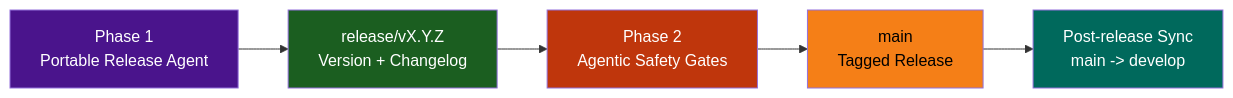
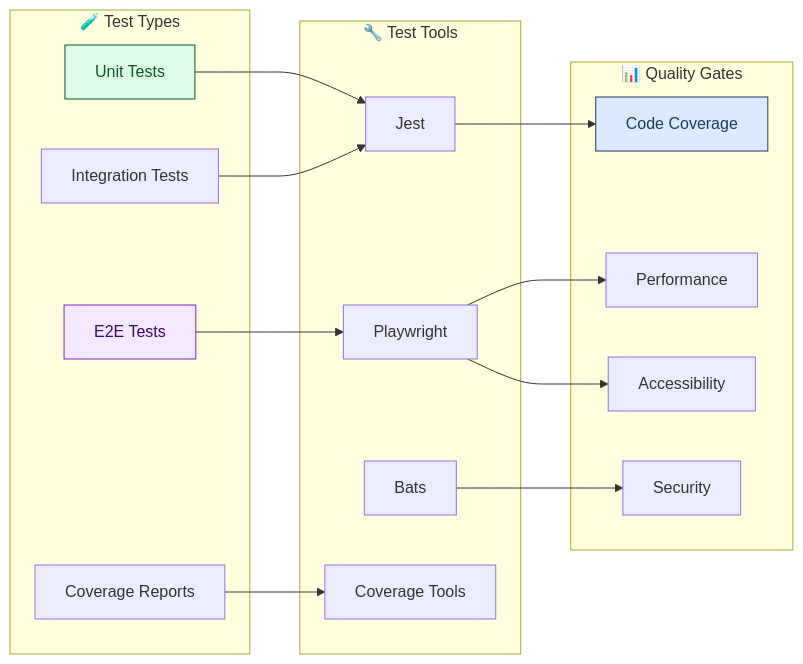
The seventh of 7 diagrams in README.md (lightspeedwp/.github), drawn with Mermaid before and after one commit. The commit also changed other lines of this file and 1240 other files, not shown here.

First line of the commit message:
feat: Project Meta Sync Agent v2 — Phase 5B Complete (Spec, Prompt, Package, Tests) (#1976)

````diff
--- a/README.md
+++ b/README.md
@@ -90,15 +467,39 @@
 ```mermaid
-graph LR
-  accTitle: graph diagram
-  accDescr: graph flowchart
-    A["Phase 1\nPortable Release Agent"] --> B["release/vX.Y.Z\nVersion + Changelog"]
-    B --> C["Phase 2\nAgentic Safety Gates"]
-    C --> D["main\nTagged Release"]
-    D --> E["Post-release Sync\nmain -> develop"]
+flowchart LR
+accTitle: "Testing architecture and quality gates"
+accDescr: "Testing architecture showing test types, tools, and quality gates with relationships between unit tests, integration tests, end-to-end tests, and coverage reporting through Jest, Playwright, Bats, and coverage tools."
+    subgraph "🧪 Test Types"
+        A[Unit Tests]
+        B[Integration Tests]
+        C[E2E Tests]
+        D[Coverage Reports]
+    end
 
-    style A fill:#4a148c,color:#fff
-    style B fill:#1b5e20,color:#fff
-    style C fill:#bf360c,color:#fff
-    style D fill:#f57f17,color:#000
-    style E fill:#00695c,color:#fff
+    subgraph "🔧 Test Tools"
+        E[Jest]
+        F[Playwright]
+        G[Bats]
+        H[Coverage Tools]
+    end
+
+    subgraph "📊 Quality Gates"
+        I[Code Coverage]
+        J[Performance]
+        K[Accessibility]
+        L[Security]
+    end
+
+    A --> E
+    B --> E
+    C --> F
+    D --> H
+
+    E --> I
+    F --> J
+    F --> K
+    G --> L
+
+    style A fill:#dcfce7,color:#14532d,stroke:#14532d
+    style C fill:#f3e8ff,color:#3b0764,stroke:#7e22ce
+    style I fill:#dbeafe,color:#1e3a5f,stroke:#1e3a5f
 ```
````
